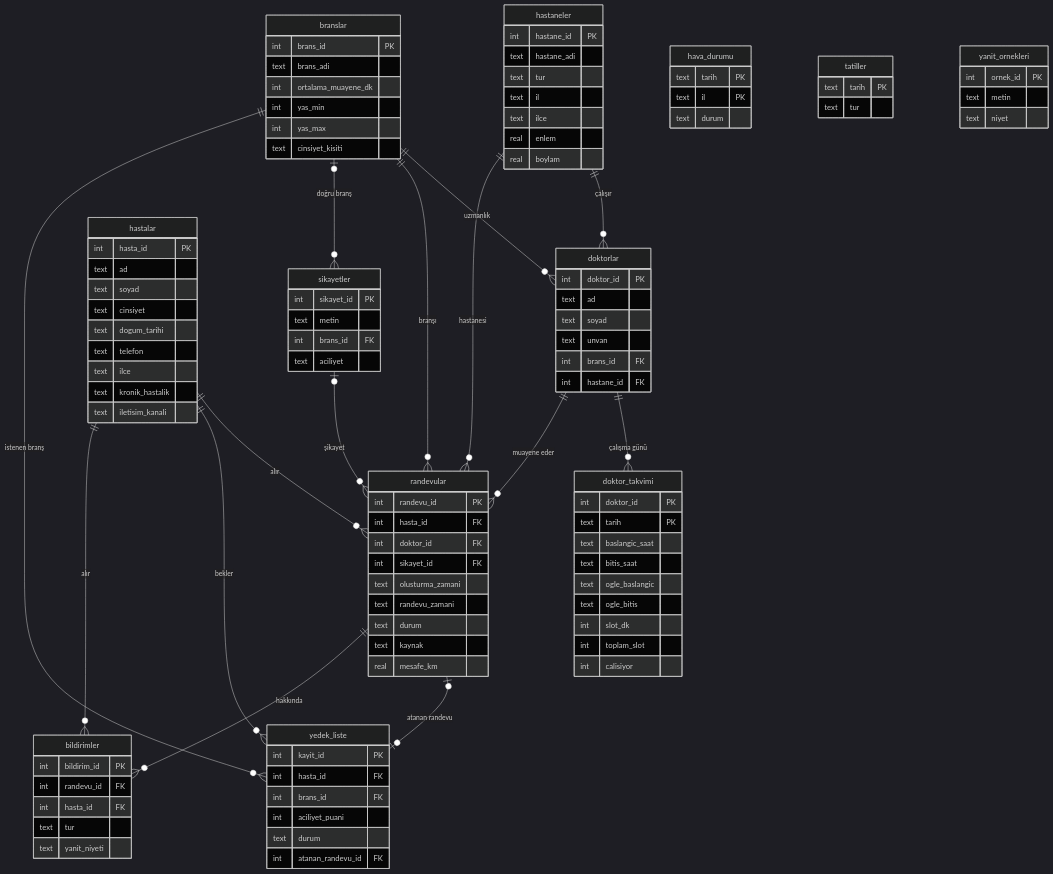
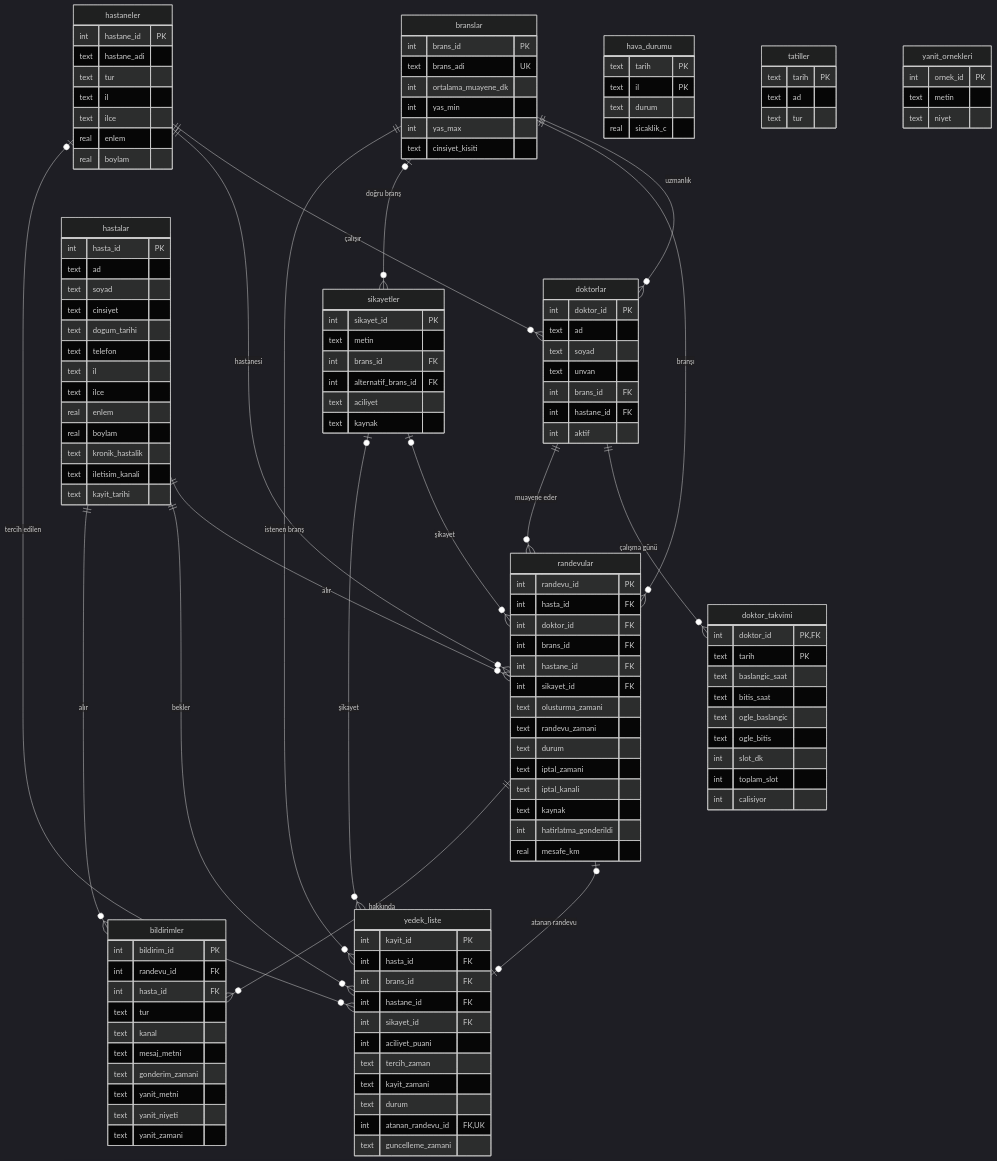
Before and after one commit to Xaena53/mhrs-veri: the diagram in schema/ER.md, drawn with Mermaid (dark theme). The commit also changed other lines of this file and 8 other files, not shown here.

```diff
--- a/schema/ER.md
+++ b/schema/ER.md
@@ -15,13 +16,15 @@
     branslar   |o--o{ sikayetler     : "doğru branş"
     hastalar   ||--o{ yedek_liste    : "bekler"
     branslar   ||--o{ yedek_liste    : "istenen branş"
+    hastaneler |o--o{ yedek_liste    : "tercih edilen"
+    sikayetler |o--o{ yedek_liste    : "şikayet"
     randevular |o--o| yedek_liste    : "atanan randevu"
     randevular ||--o{ bildirimler    : "hakkında"
     hastalar   ||--o{ bildirimler    : "alır"
 
     branslar {
         int brans_id PK
-        text brans_adi
+        text brans_adi UK
         int ortalama_muayene_dk
         int yas_min
         int yas_max
@@ -43,6 +46,7 @@
         text unvan
         int brans_id FK
         int hastane_id FK
+        int aktif
     }
     hastalar {
         int hasta_id PK
@@ -51,12 +55,16 @@
         text cinsiyet
         text dogum_tarihi
         text telefon
+        text il
         text ilce
+        real enlem
+        real boylam
         text kronik_hastalik
         text iletisim_kanali
+        text kayit_tarihi
     }
     doktor_takvimi {
-        int doktor_id PK
+        int doktor_id PK,FK
         text tarih PK
         text baslangic_saat
         text bitis_saat
@@ -70,41 +78,60 @@
         int sikayet_id PK
         text metin
         int brans_id FK
+        int alternatif_brans_id FK
         text aciliyet
+        text kaynak
     }
     randevular {
         int randevu_id PK
         int hasta_id FK
         int doktor_id FK
+        int brans_id FK
+        int hastane_id FK
         int sikayet_id FK
         text olusturma_zamani
         text randevu_zamani
         text durum
+        text iptal_zamani
+        text iptal_kanali
         text kaynak
+        int hatirlatma_gonderildi
         real mesafe_km
     }
     yedek_liste {
         int kayit_id PK
         int hasta_id FK
         int brans_id FK
+        int hastane_id FK
+        int sikayet_id FK
         int aciliyet_puani
+        text tercih_zaman
+        text kayit_zamani
         text durum
-        int atanan_randevu_id FK
+        int atanan_randevu_id FK,UK
+        text guncelleme_zamani
     }
     bildirimler {
         int bildirim_id PK
         int randevu_id FK
         int hasta_id FK
         text tur
+        text kanal
+        text mesaj_metni
+        text gonderim_zamani
+        text yanit_metni
         text yanit_niyeti
+        text yanit_zamani
     }
     hava_durumu {
         text tarih PK
         text il PK
         text durum
+        real sicaklik_c
     }
     tatiller {
         text tarih PK
+        text ad
         text tur
     }
     yanit_ornekleri {
```
